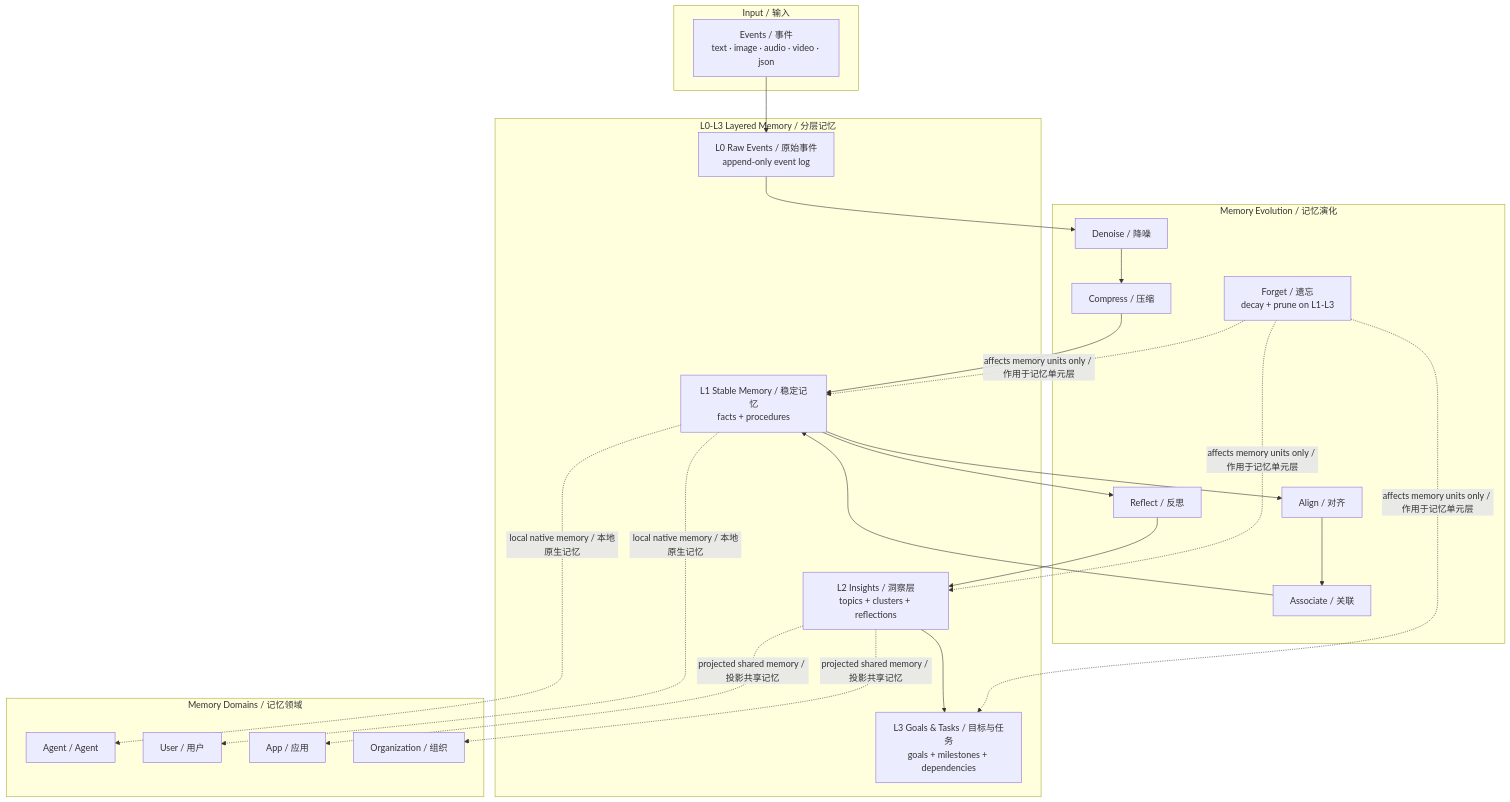
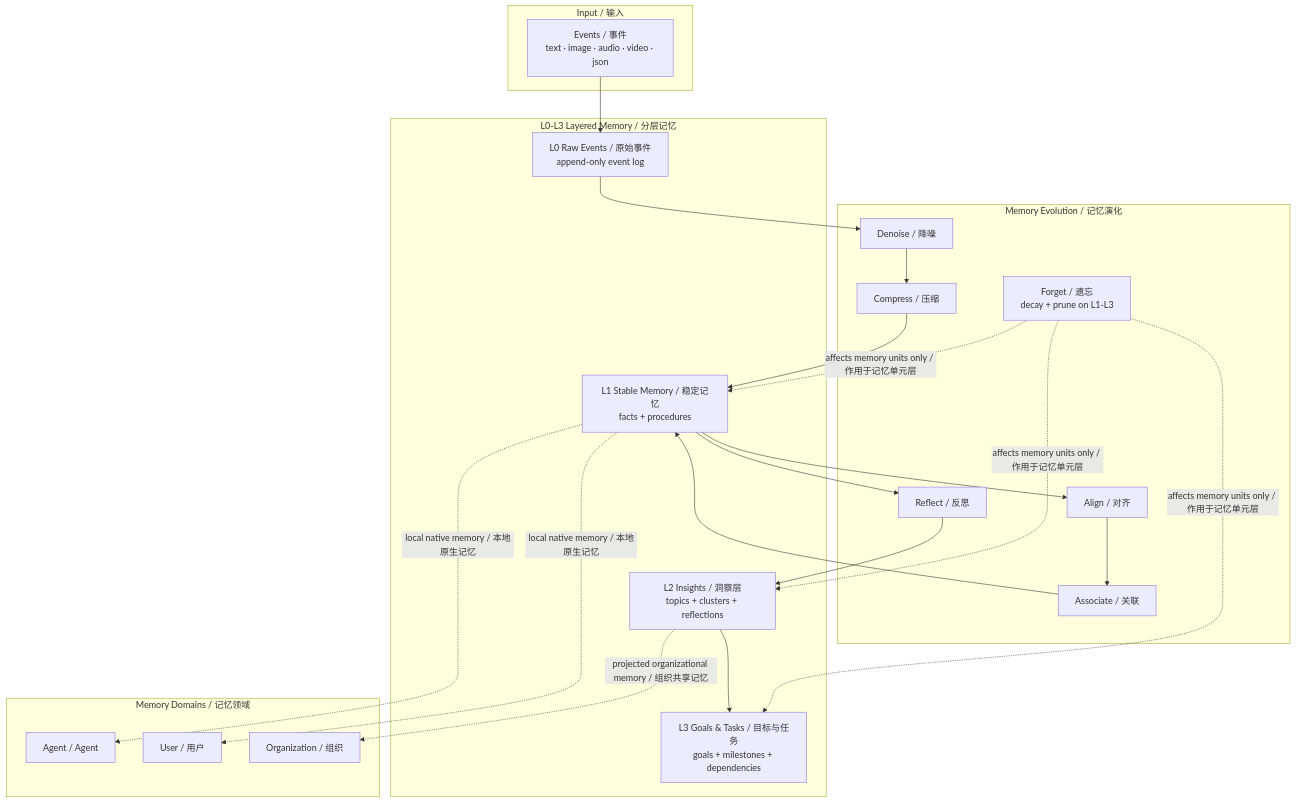
Before and after one commit to ai-akashic/Memorose: the diagram in README-zh.md, drawn with Mermaid. The commit also changed other lines of this file and 139 other files, not shown here.

Commit message:
refactor: align org knowledge flow and dashboard

````diff
--- a/README-zh.md
+++ b/README-zh.md
@@ -252,42 +252,40 @@
 ```mermaid
 flowchart TD
     subgraph Input["Input / 输入"]
         I["Events / 事件<br/>text · image · audio · video · json"]
     end
 
     subgraph Layers["L0-L3 Layered Memory / 分层记忆"]
         L0["L0 Raw Events / 原始事件<br/>append-only event log"]
         L1["L1 Stable Memory / 稳定记忆<br/>facts + procedures"]
         L2["L2 Insights / 洞察层<br/>topics + clusters + reflections"]
         L3["L3 Goals & Tasks / 目标与任务<br/>goals + milestones + dependencies"]
     end
 
     subgraph Evolution["Memory Evolution / 记忆演化"]
         E1["Denoise / 降噪"]
         E2["Compress / 压缩"]
         E3["Align / 对齐"]
         E4["Associate / 关联"]
         E5["Reflect / 反思"]
         E6["Forget / 遗忘<br/>decay + prune on L1-L3"]
     end
 
     subgraph Domains["Memory Domains / 记忆领域"]
         D1["Agent / Agent"]
         D2["User / 用户"]
-        D3["App / 应用"]
-        D4["Organization / 组织"]
+        D3["Organization / 组织"]
     end
 
     I --> L0
     L0 --> E1 --> E2 --> L1
     L1 --> E3 --> E4 --> L1
     L1 --> E5 --> L2
     L2 --> L3
     L1 -. local native memory / 本地原生记忆 .-> D1
     L1 -. local native memory / 本地原生记忆 .-> D2
-    L2 -. projected shared memory / 投影共享记忆 .-> D3
-    L2 -. projected shared memory / 投影共享记忆 .-> D4
+    L2 -. projected organizational memory / 组织共享记忆 .-> D3
     E6 -. affects memory units only / 作用于记忆单元层 .-> L1
     E6 -. affects memory units only / 作用于记忆单元层 .-> L2
     E6 -. affects memory units only / 作用于记忆单元层 .-> L3
 ```
````
